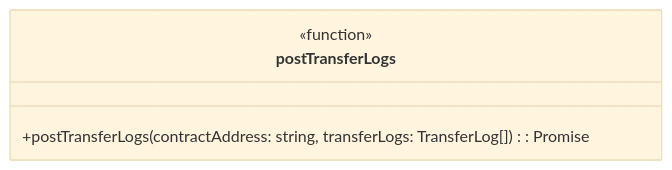
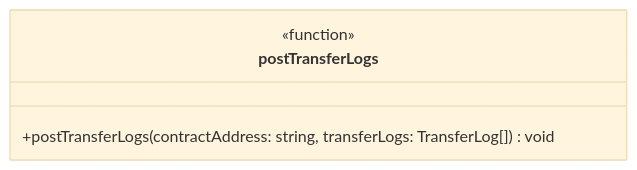
One commit to C0A21130/web3-demo-app changed the third of 4 diagrams in docs/scoring.md. Above: the diagram before and after it, drawn with Mermaid (base theme). The commit also changed other lines of this file and 29 other files, not shown here.

````diff
--- a/docs/scoring.md
+++ b/docs/scoring.md
@@ -280,7 +286,7 @@
 ```mermaid
 classDiagram
     class postTransferLogs {
         <<function>>
-        +postTransferLogs(contractAddress: string, transferLogs: TransferLog[]): Promise<void>
+        +postTransferLogs(contractAddress: string, transferLogs: TransferLog[]) void
     }
 ```
````
